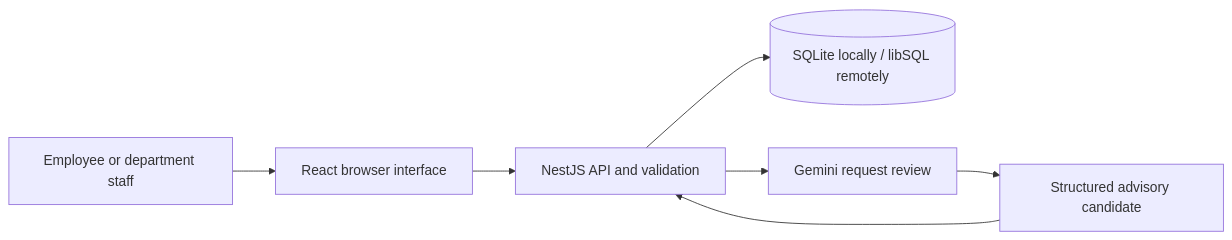
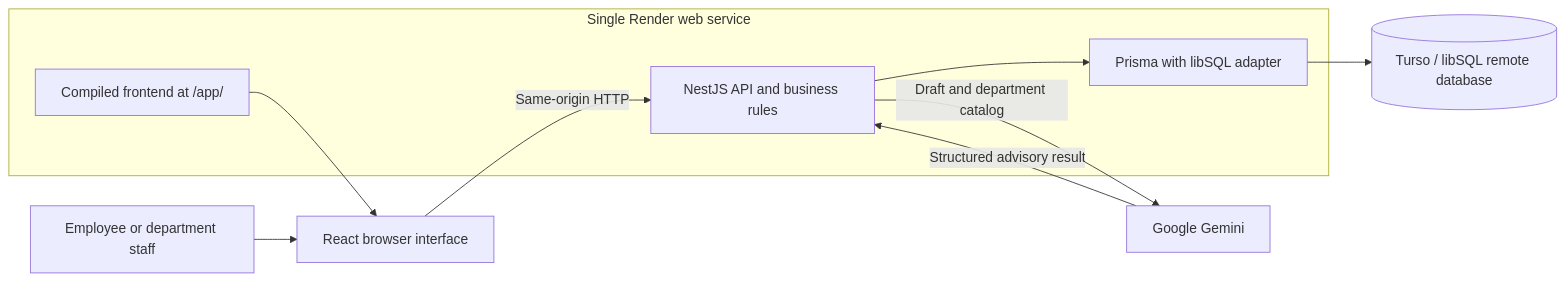
One commit to jeanpaul123456/jeanpaul112 changed the diagram in docs/architecture.md. Above: the diagram before and after it, drawn with Mermaid. The commit also changed other lines of this file and 29 other files, not shown here.

````diff
--- a/docs/architecture.md
+++ b/docs/architecture.md
@@ -5,9 +5,15 @@
 ```mermaid
 flowchart LR
   Employee[Employee or department staff] --> React[React browser interface]
-  React --> Nest[NestJS API and validation]
-  Nest --> DB[(SQLite locally / libSQL remotely)]
-  Nest --> Gemini[Gemini request review]
-  Gemini --> Candidate[Structured advisory candidate]
-  Candidate --> Nest
+  subgraph Render[Single Render web service]
+    Static[Compiled frontend at /app/]
+    Nest[NestJS API and business rules]
+    Prisma[Prisma with libSQL adapter]
+    Nest --> Prisma
+  end
+  Static --> React
+  React -->|Same-origin HTTP| Nest
+  Prisma --> DB[(Turso / libSQL remote database)]
+  Nest -->|Draft and department catalog| Gemini[Google Gemini]
+  Gemini -->|Structured advisory result| Nest
 ```
````
